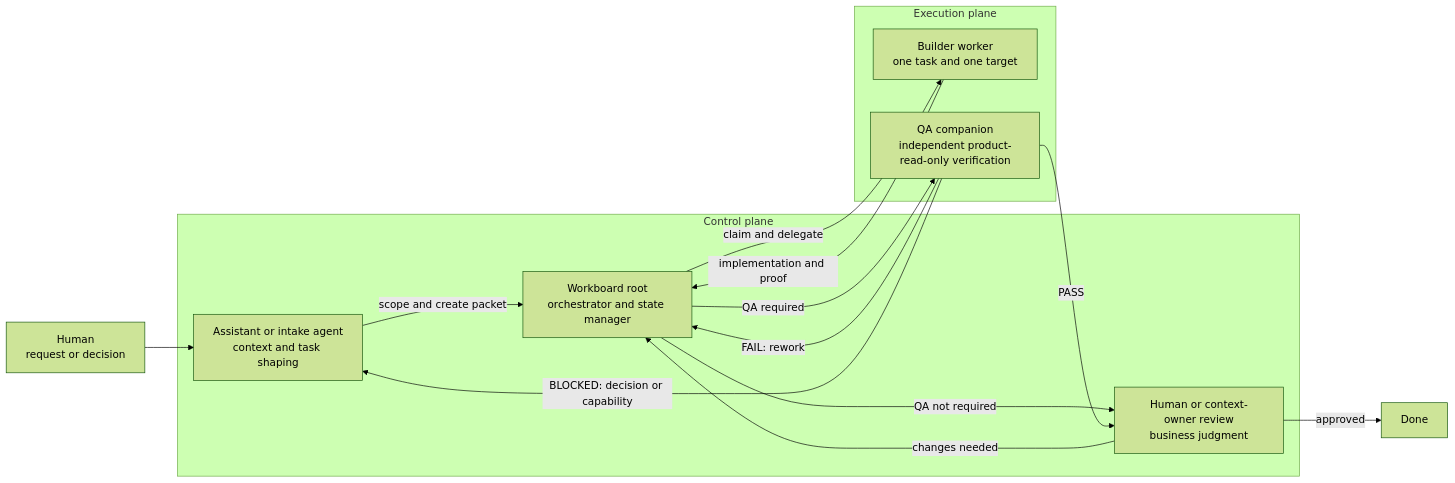
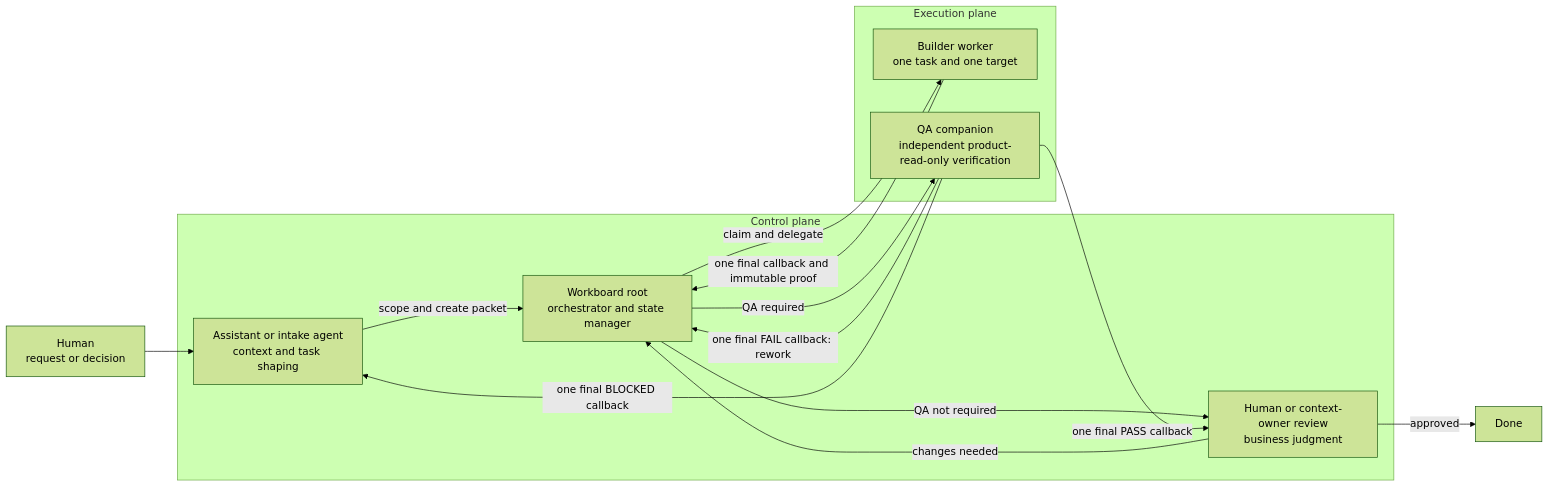
The diagram in README.md (2xgrowthagency/workboard-starter), drawn with Mermaid (forest theme) before and after one commit. The commit also changed other lines of this file and 20 other files, not shown here.

````diff
--- a/README.md
+++ b/README.md
@@ -23,27 +23,27 @@
 ```mermaid
 flowchart LR
     H["Human<br/>request or decision"]
 
     subgraph CP["Control plane"]
         A["Assistant or intake agent<br/>context and task shaping"]
         O["Workboard root<br/>orchestrator and state manager"]
         R["Human or context-owner review<br/>business judgment"]
     end
 
     subgraph EP["Execution plane"]
         W["Builder worker<br/>one task and one target"]
         Q["QA companion<br/>independent product-read-only verification"]
     end
 
     H --> A
     A -->|"scope and create packet"| O
     O -->|"claim and delegate"| W
-    W -->|"implementation and proof"| O
+    W -->|"one final callback and immutable proof"| O
     O -->|"QA required"| Q
     O -->|"QA not required"| R
-    Q -->|"PASS"| R
-    Q -->|"FAIL: rework"| O
-    Q -->|"BLOCKED: decision or capability"| A
+    Q -->|"one final PASS callback"| R
+    Q -->|"one final FAIL callback: rework"| O
+    Q -->|"one final BLOCKED callback"| A
     R -->|"approved"| X["Done"]
     R -->|"changes needed"| O
 ```
````
